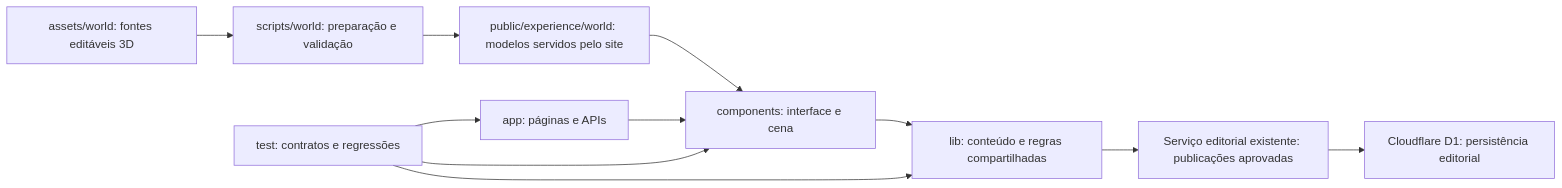
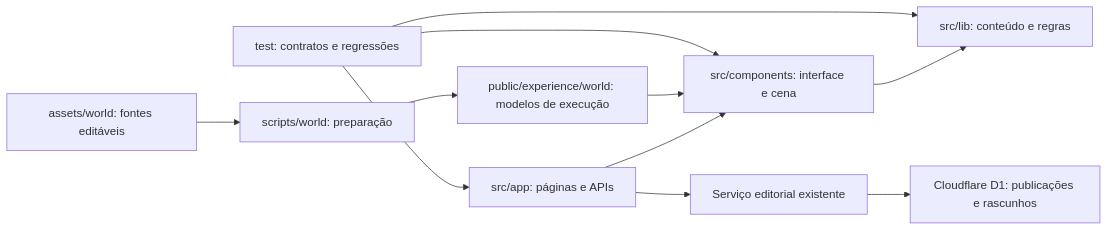
Before and after one commit to PdrArth/TCC-WEBSITE3D: the diagram in docs/architecture.md, drawn with Mermaid. The commit also changed other lines of this file and 214 other files, not shown here.

````diff
--- a/docs/architecture.md
+++ b/docs/architecture.md
@@ -5,13 +22,13 @@
 ```mermaid
 flowchart LR
-  A[app: páginas e APIs] --> C[components: interface e cena]
-  C --> L[lib: conteúdo e regras compartilhadas]
-  L --> E[Serviço editorial existente: publicações aprovadas]
-  E --> D[Cloudflare D1: persistência editorial]
-  S[assets/world: fontes editáveis 3D] --> W[scripts/world: preparação e validação]
-  W --> P[public/experience/world: modelos servidos pelo site]
+  A["src/app: páginas e APIs"] --> C["src/components: interface e cena"]
+  C --> L["src/lib: conteúdo e regras"]
+  A --> E["Serviço editorial existente"]
+  E --> D["Cloudflare D1: publicações e rascunhos"]
+  S["assets/world: fontes editáveis"] --> W["scripts/world: preparação"]
+  W --> P["public/experience/world: modelos de execução"]
   P --> C
-  T[test: contratos e regressões] --> A
+  T["test: contratos e regressões"] --> A
   T --> C
   T --> L
 ```
````
